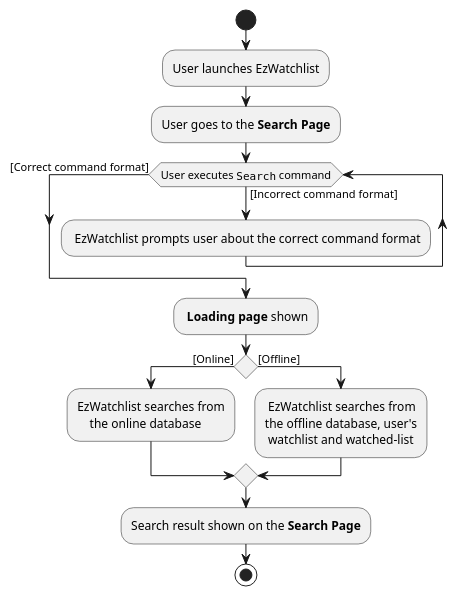
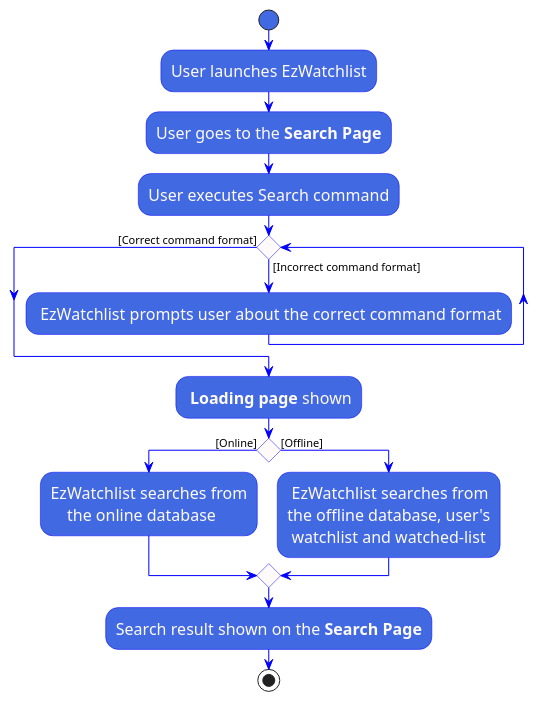
One commit to nus-cs2103-AY1920S1/addressbook-level3 changed the diagram in docs/diagrams/SearchActivityDiagram.puml. Above: the diagram before and after it, drawn with PlantUML. The commit also changed 3 other files, not shown here.

```diff
--- a/docs/diagrams/SearchActivityDiagram.puml
+++ b/docs/diagrams/SearchActivityDiagram.puml
@@ -1,28 +1,51 @@
 @startuml
+skinparam backgroundColor white
+
+skinparam activity {
+  StartColor RoyalBlue
+  EndColor RoyalBlue
+  BackgroundColor RoyalBlue
+  arrowColor Blue
+  activityDiamondBackgroundColor Blue
+  activityBarColor blue
+  BorderColor blue
+  ControlBackgroundColor white
+  FontColor Snow
+  FontName Calibri
+  FontSize 16
+}
+
+skinparam activityDiamond {
+    BackgroundColor Snow
+    BorderColor blue
+
+    FontSize 24
+}
 
 start
 
 :User launches EzWatchlist;
 :User goes to the **Search Page**;
+:User executes Search command;
 
-while (User executes ""Search"" command) is ([Incorrect command format])
+while () is ([Incorrect command format])
     : EzWatchlist prompts user about the correct command format;
 endwhile ([Correct command format])
 
 : **Loading page** shown;
 
 if () then ([Online])
     :EzWatchlist searches from
         the online database;
 else ([Offline])
     : EzWatchlist searches from
     the offline database, user's
      watchlist and watched-list;
 endif
 
 
 :Search result shown on the **Search Page**;
 
 stop
 
 @enduml
```
